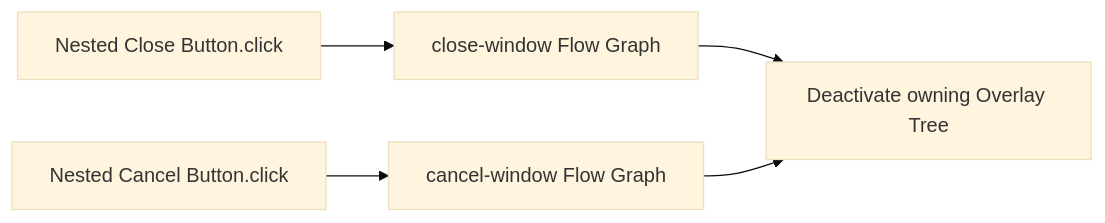
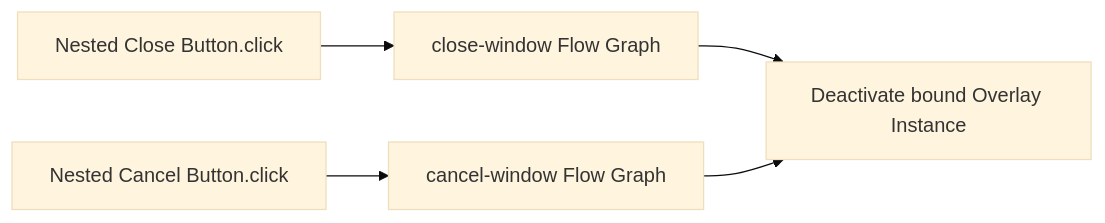
One commit to northwest-hcu/FlagShip changed the third of 7 diagrams in docs/architecture/10-examples-roadmap-and-decisions.md. Above: the diagram before and after it, drawn with Mermaid (base theme). The commit also changed other lines of this file and 52 other files, not shown here.

````diff
--- a/docs/architecture/10-examples-roadmap-and-decisions.md
+++ b/docs/architecture/10-examples-roadmap-and-decisions.md
@@ -199,7 +214,7 @@
 ```mermaid
 flowchart LR
     Close["Nested Close Button.click"] --> CloseFlow["close-window Flow Graph"]
     Cancel["Nested Cancel Button.click"] --> CancelFlow["cancel-window Flow Graph"]
-    CloseFlow --> Deactivate["Deactivate owning Overlay Tree"]
+    CloseFlow --> Deactivate["Deactivate bound Overlay Instance"]
     CancelFlow --> Deactivate
 ```
````
